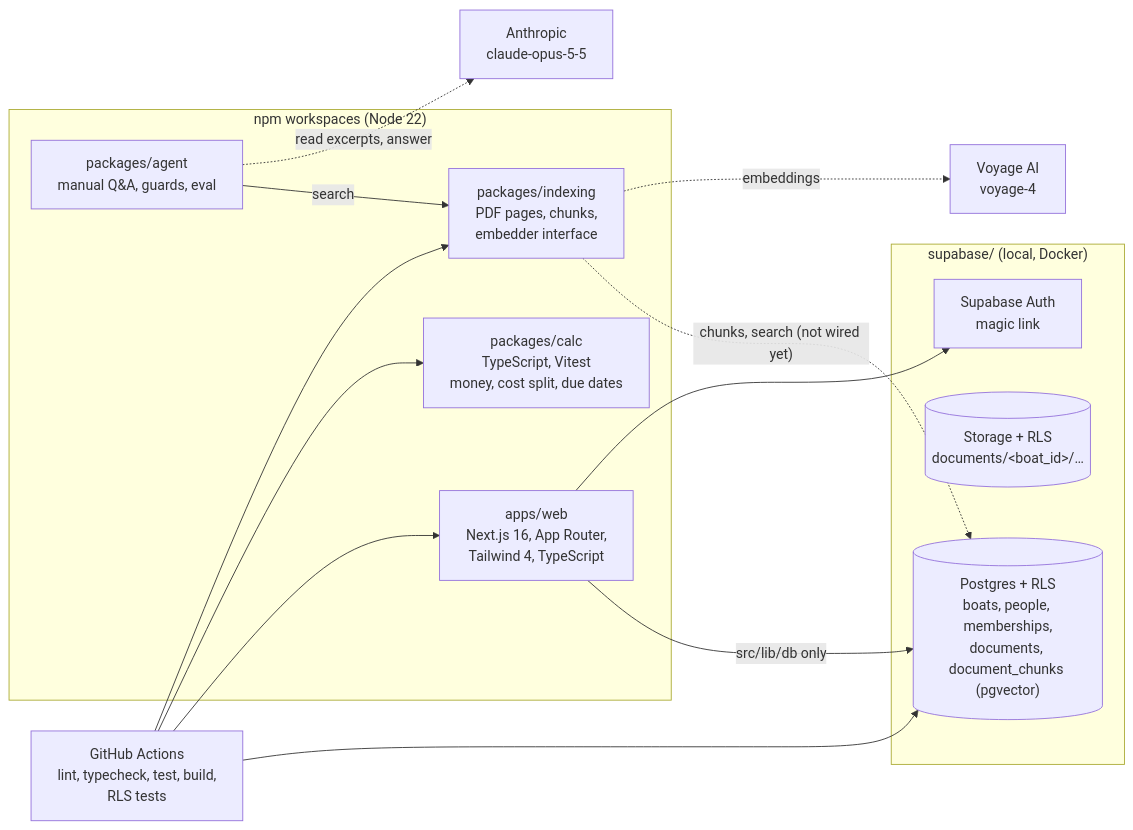
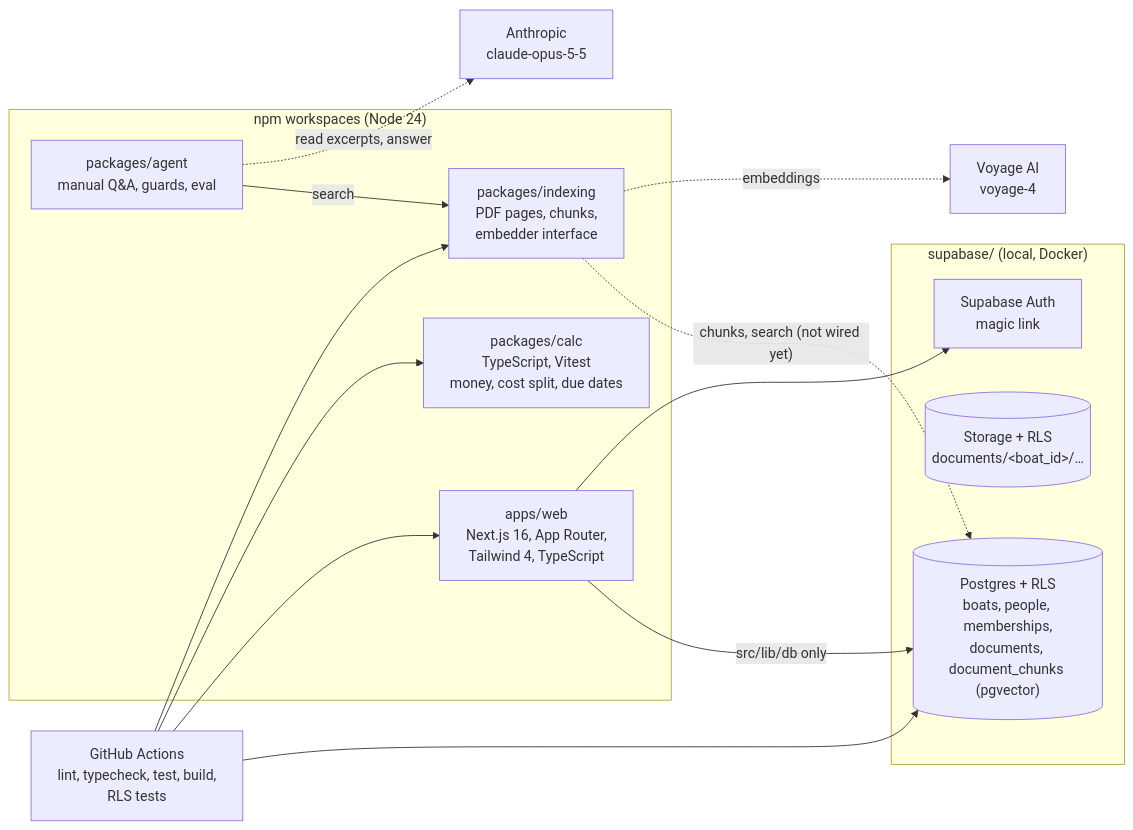
One commit to heynewton/newton changed the third of 6 diagrams in docs/architecture.md. Above: the diagram before and after it, drawn with Mermaid. The commit also changed 8 other files, not shown here.

````diff
--- a/docs/architecture.md
+++ b/docs/architecture.md
@@ -187,25 +187,25 @@
 ```mermaid
 flowchart LR
-  subgraph Repo["npm workspaces (Node 22)"]
+  subgraph Repo["npm workspaces (Node 24)"]
     Web["apps/web<br/>Next.js 16, App Router,<br/>Tailwind 4, TypeScript"]
     Calc["packages/calc<br/>TypeScript, Vitest<br/>money, cost split, due dates"]
     Indexing["packages/indexing<br/>PDF pages, chunks,<br/>embedder interface"]
     AgentPkg["packages/agent<br/>manual Q#amp;A, guards, eval"]
   end
   subgraph Local["supabase/ (local, Docker)"]
     DB[("Postgres + RLS<br/>boats, people, memberships,<br/>documents, document_chunks (pgvector)")]
     Files[("Storage + RLS<br/>documents/#lt;boat_id#gt;/…")]
     Auth["Supabase Auth<br/>magic link"]
   end
   Web -->|"src/lib/db only"| DB
   Web --> Auth
   CI["GitHub Actions<br/>lint, typecheck, test, build,<br/>RLS tests"]
   CI --> Web
   CI --> Calc
   CI --> Indexing
   CI --> DB
   Indexing -.->|"chunks, search (not wired yet)"| DB
   Indexing -.->|"embeddings"| Voyage["Voyage AI<br/>voyage-4"]
   AgentPkg -->|"search"| Indexing
   AgentPkg -.->|"read excerpts, answer"| Claude["Anthropic<br/>claude-opus-5-5"]
 ```
````
